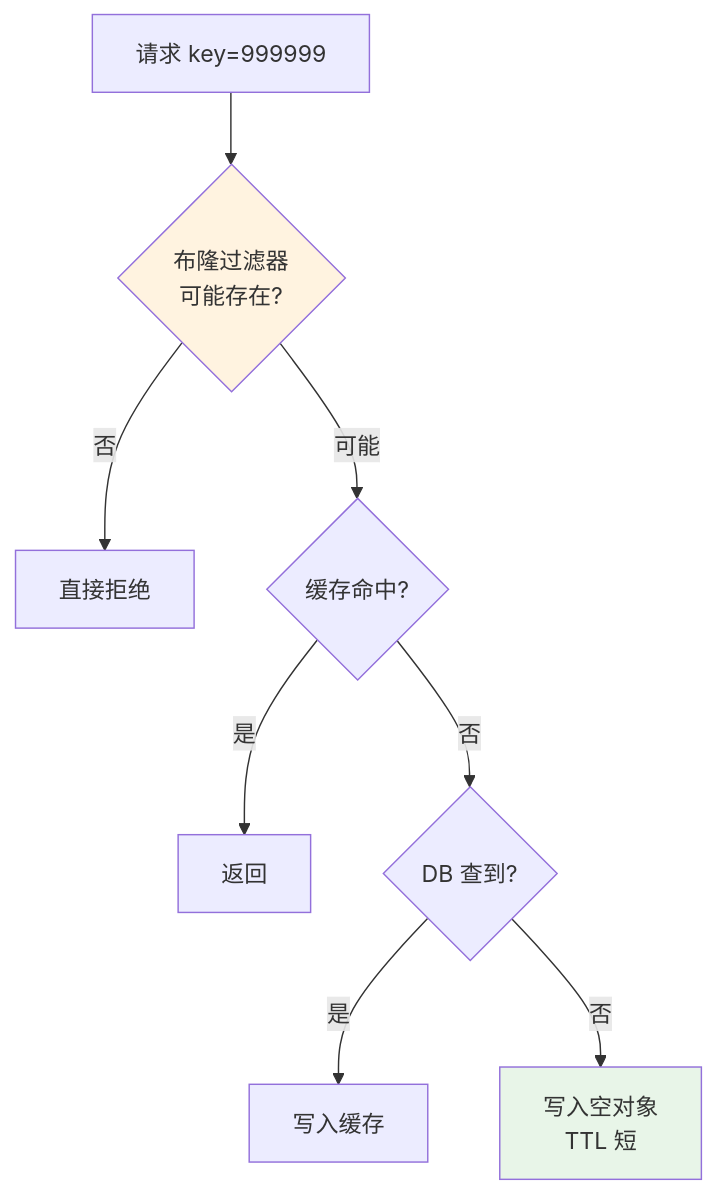
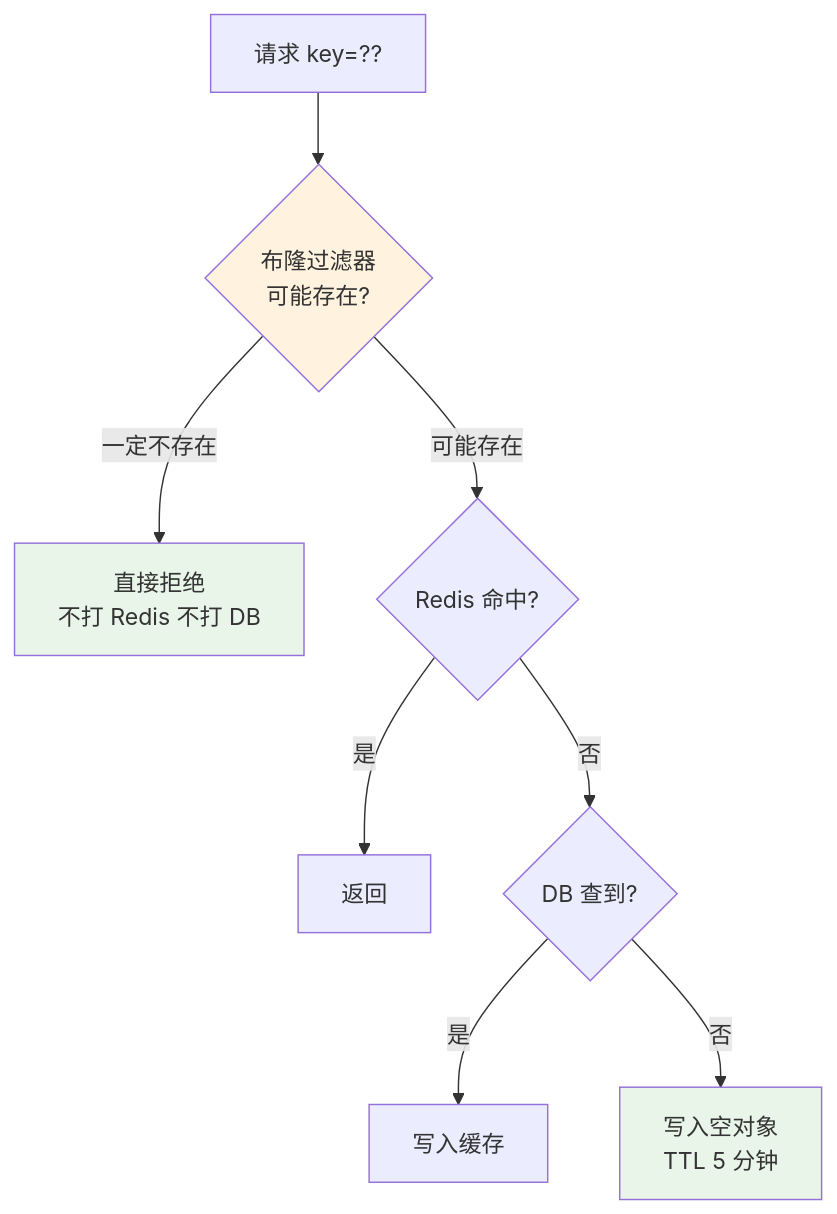
Before and after one commit to chongyang211/YCBookBlog: diagram 12 of 18 in docs/10.真经/05.方案设计思想/04.缓存架构设计思想.md, drawn with Mermaid. The commit also changed other lines of this file and 36 other files, not shown here.

````diff
--- a/docs/10.真经/05.方案设计思想/04.缓存架构设计思想.md
+++ b/docs/10.真经/05.方案设计思想/04.缓存架构设计思想.md
@@ -482,13 +941,14 @@
 ```mermaid
 flowchart TD
-    Req[请求 key=999999] --> BF{布隆过滤器<br/>可能存在?}
-    BF -->|否| Reject[直接拒绝]
-    BF -->|可能| Cache{缓存命中?}
+    Req[请求 key=??] --> BF{布隆过滤器<br/>可能存在?}
+    BF -->|一定不存在| Reject[直接拒绝<br/>不打 Redis 不打 DB]
+    BF -->|可能存在| Cache{Redis 命中?}
     Cache -->|是| Return[返回]
     Cache -->|否| DB{DB 查到?}
     DB -->|是| WriteCache[写入缓存]
-    DB -->|否| WriteNull[写入空对象<br/>TTL 短]
+    DB -->|否| WriteNull[写入空对象<br/>TTL 5 分钟]
     
     style BF fill:#fff3e0
+    style Reject fill:#e8f5e8
     style WriteNull fill:#e8f5e8
 ```
````
